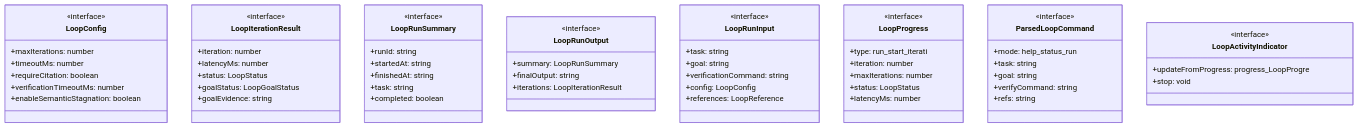
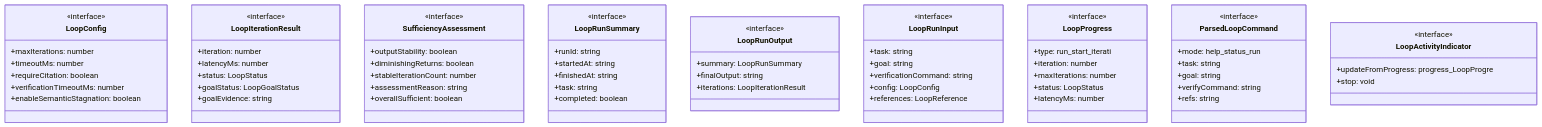
One commit to Mekann2904/mekann changed the second of 5 diagrams in ABDD/.pi/extensions/loop.md. Above: the diagram before and after it, drawn with Mermaid. The commit also changed other lines of this file and 213 other files, not shown here.

````diff
--- a/ABDD/.pi/extensions/loop.md
+++ b/ABDD/.pi/extensions/loop.md
@@ -204,62 +215,70 @@
 ```mermaid
 classDiagram
   class LoopConfig {
     <<interface>>
     +maxIterations: number
     +timeoutMs: number
     +requireCitation: boolean
     +verificationTimeoutMs: number
     +enableSemanticStagnation: boolean
   }
   class LoopIterationResult {
     <<interface>>
     +iteration: number
     +latencyMs: number
     +status: LoopStatus
     +goalStatus: LoopGoalStatus
     +goalEvidence: string
+  }
+  class SufficiencyAssessment {
+    <<interface>>
+    +outputStability: boolean
+    +diminishingReturns: boolean
+    +stableIterationCount: number
+    +assessmentReason: string
+    +overallSufficient: boolean
   }
   class LoopRunSummary {
     <<interface>>
     +runId: string
     +startedAt: string
     +finishedAt: string
     +task: string
     +completed: boolean
   }
   class LoopRunOutput {
     <<interface>>
     +summary: LoopRunSummary
     +finalOutput: string
     +iterations: LoopIterationResult
   }
   class LoopRunInput {
     <<interface>>
     +task: string
     +goal: string
     +verificationCommand: string
     +config: LoopConfig
     +references: LoopReference
   }
   class LoopProgress {
     <<interface>>
     +type: run_start_iterati
     +iteration: number
     +maxIterations: number
     +status: LoopStatus
     +latencyMs: number
   }
   class ParsedLoopCommand {
     <<interface>>
     +mode: help_status_run
     +task: string
     +goal: string
     +verifyCommand: string
     +refs: string
   }
   class LoopActivityIndicator {
     <<interface>>
     +updateFromProgress: progress_LoopProgre
     +stop: void
   }
 ```
````
